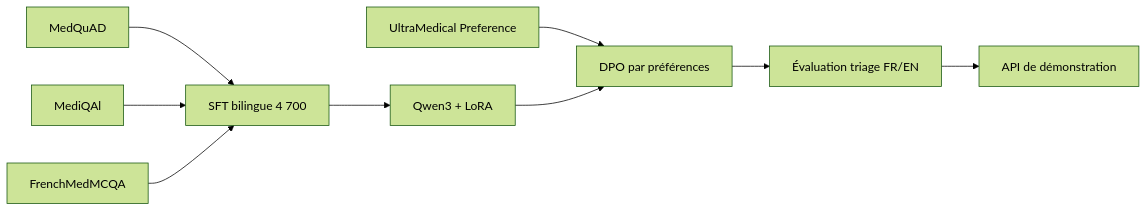
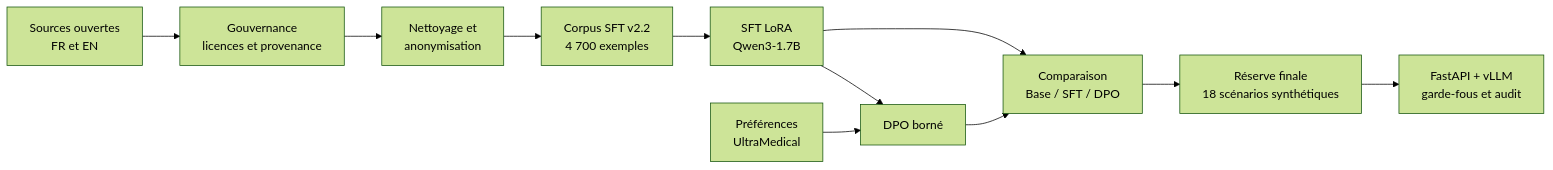
Before and after one commit to ppluton/medical-triage-llm-poc: the first of 3 diagrams in README.fr.md, drawn with Mermaid (forest theme). The commit also changed other lines of this file and 11 other files, not shown here.

````diff
--- a/README.fr.md
+++ b/README.fr.md
@@ -24,11 +38,13 @@
 ```mermaid
 flowchart LR
-  A[MedQuAD] --> D[SFT bilingue 4 700]
-  B[MediQAl] --> D
-  C[FrenchMedMCQA] --> D
-  D --> E[Qwen3 + LoRA]
-  U[UltraMedical Preference] --> F[DPO par préférences]
-  E --> F
-  F --> G[Évaluation triage FR/EN]
-  G --> H[API de démonstration]
+    S[Sources ouvertes<br/>FR et EN] --> G[Gouvernance<br/>licences et provenance]
+    G --> A[Nettoyage et<br/>anonymisation]
+    A --> C[Corpus SFT v2.2<br/>4 700 exemples]
+    C --> T[SFT LoRA<br/>Qwen3-1.7B]
+    P[Préférences<br/>UltraMedical] --> D[DPO borné]
+    T --> D
+    T --> E[Comparaison<br/>Base / SFT / DPO]
+    D --> E
+    E --> R[Réserve finale<br/>18 scénarios synthétiques]
+    R --> API[FastAPI + vLLM<br/>garde-fous et audit]
 ```
````
